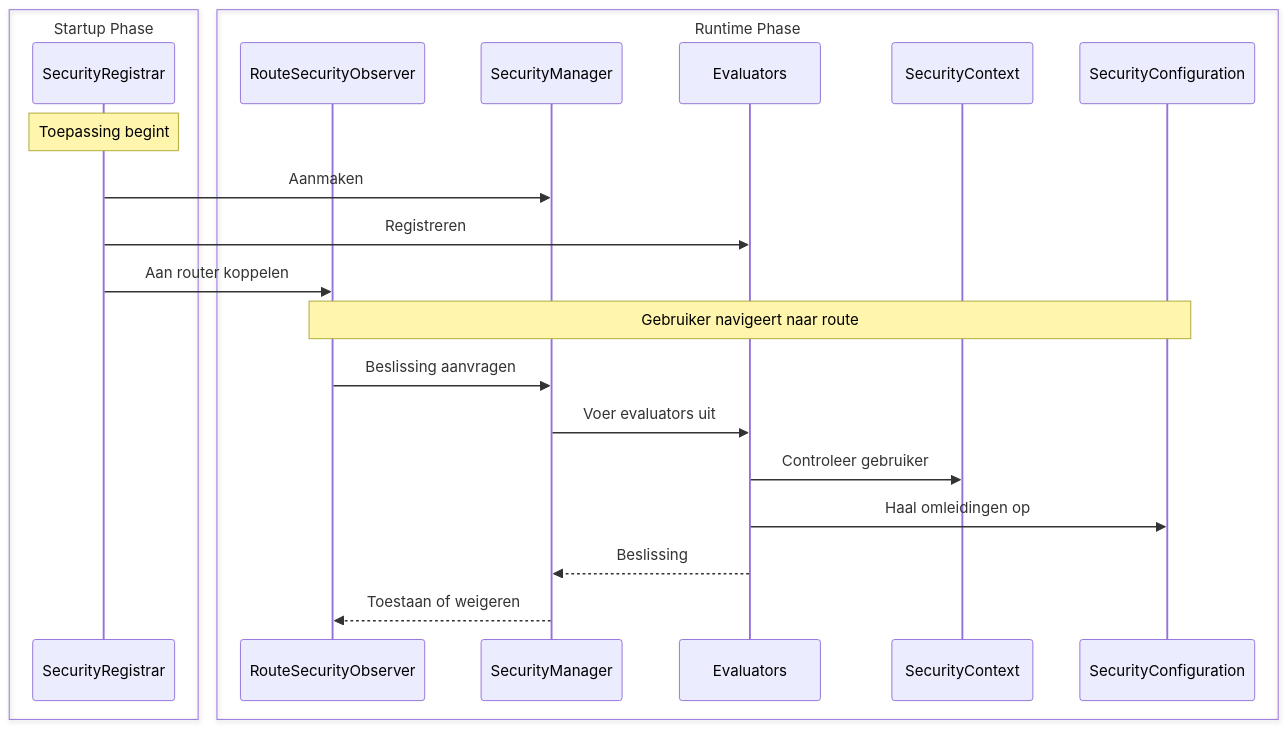
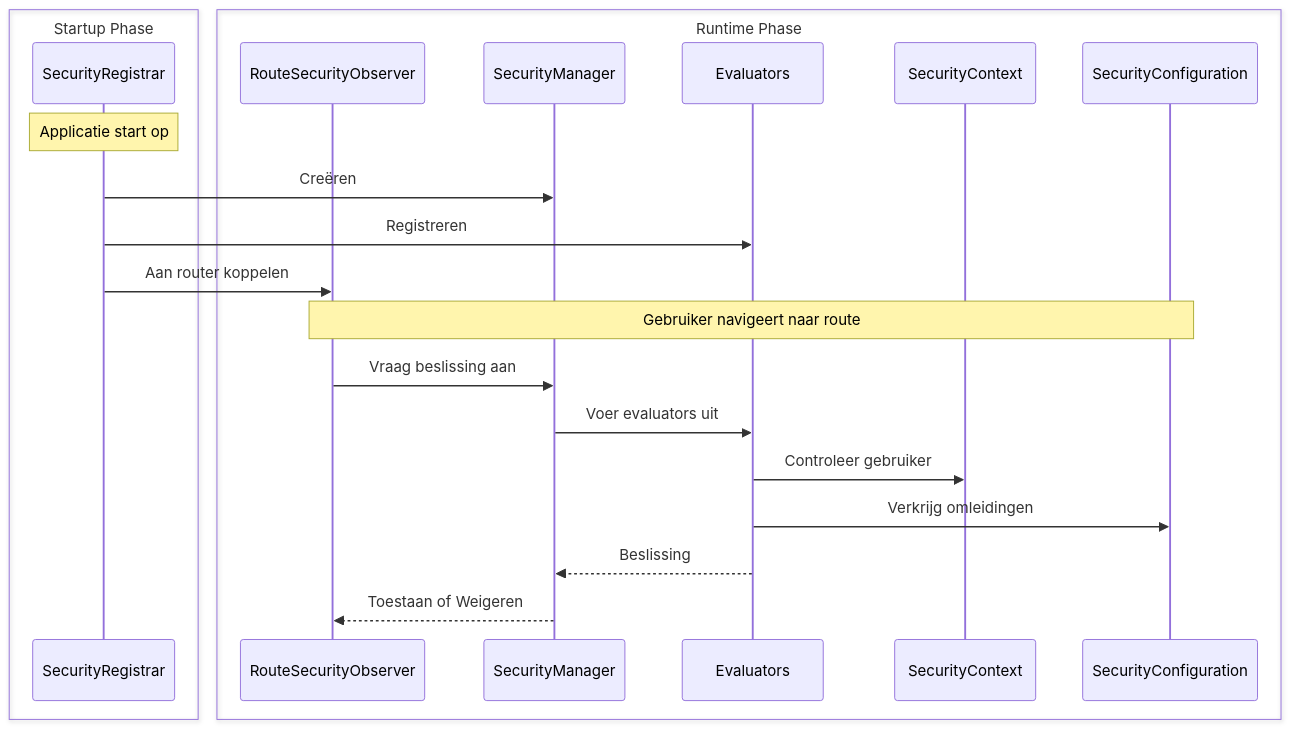
One commit to webforj/webforj-documentation changed the diagram in docs/i18n/nl/docusaurus-plugin-content-docs/current/security/architecture/custom-implementation.md. Above: the diagram before and after it, drawn with Mermaid. The commit also changed other lines of this file and 589 other files, not shown here.

````diff
--- a/docs/i18n/nl/docusaurus-plugin-content-docs/current/security/architecture/custom-implementation.md
+++ b/docs/i18n/nl/docusaurus-plugin-content-docs/current/security/architecture/custom-implementation.md
@@ -28,26 +28,26 @@
 ```mermaid
 sequenceDiagram
   box Startup Phase
   participant Registrar as SecurityRegistrar
   end
   box Runtime Phase
   participant Observer as RouteSecurityObserver
   participant Manager as SecurityManager
   participant Evaluators
   participant Context as SecurityContext
   participant Config as SecurityConfiguration
   end
 
-  Note over Registrar: Toepassing begint
-  Registrar->>Manager: Aanmaken
+  Note over Registrar: Applicatie start op
+  Registrar->>Manager: Creëren
   Registrar->>Evaluators: Registreren
   Registrar->>Observer: Aan router koppelen
 
   Note over Observer,Config: Gebruiker navigeert naar route
-  Observer->>Manager: Beslissing aanvragen
+  Observer->>Manager: Vraag beslissing aan
   Manager->>Evaluators: Voer evaluators uit
   Evaluators->>Context: Controleer gebruiker
-  Evaluators->>Config: Haal omleidingen op
+  Evaluators->>Config: Verkrijg omleidingen
   Evaluators-->>Manager: Beslissing
-  Manager-->>Observer: Toestaan of weigeren
+  Manager-->>Observer: Toestaan of Weigeren
 ```
````
